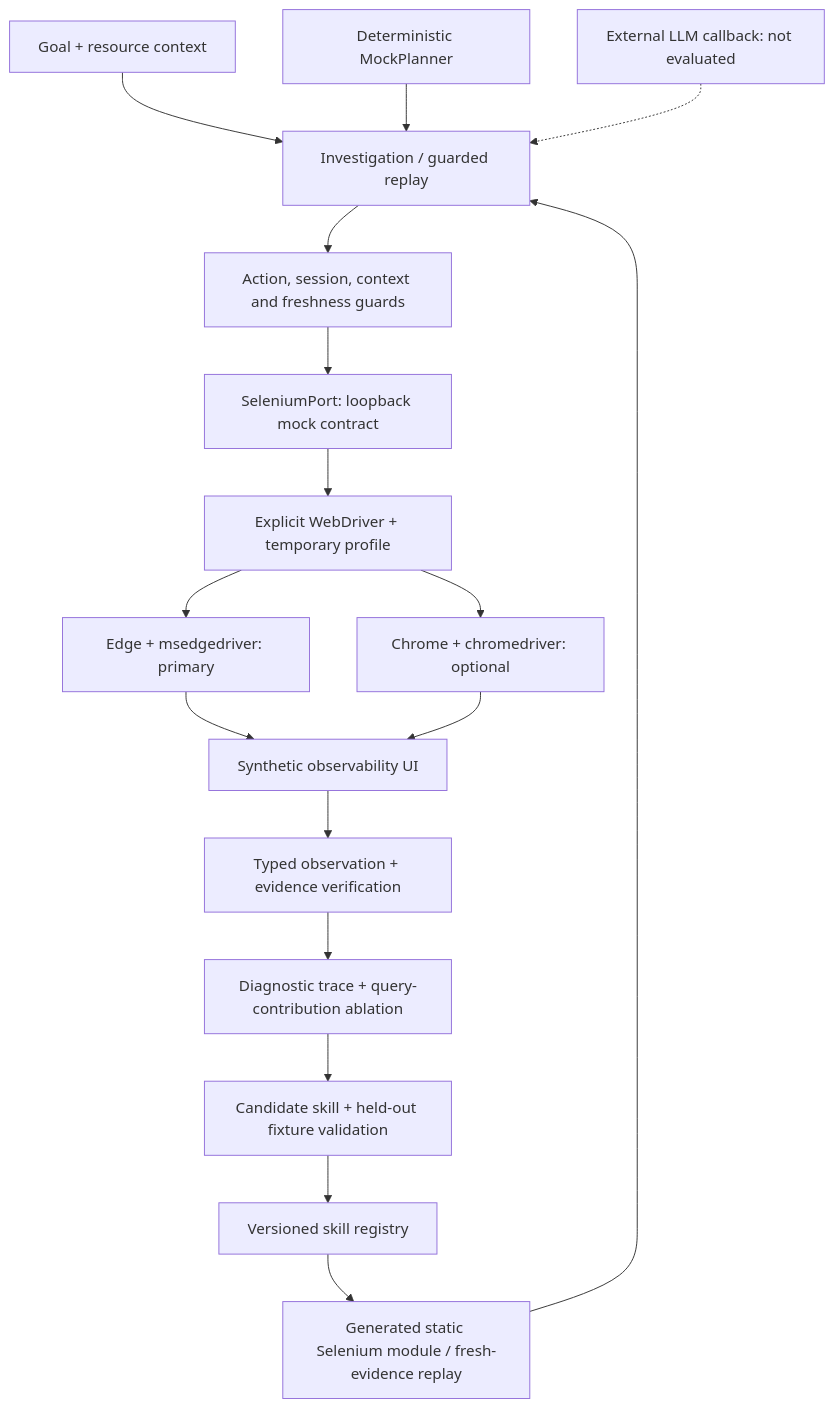
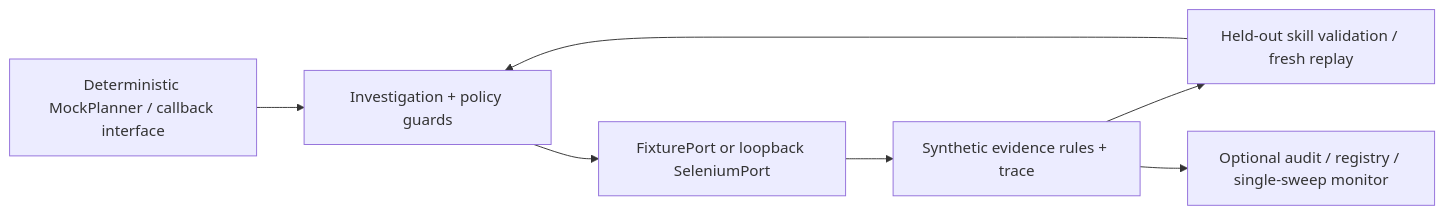
One commit to orionnelson/llm-bot-selenium changed the third of 3 diagrams in docs/ARCHITECTURE.md. Above: the diagram before and after it, drawn with Mermaid. The commit also changed other lines of this file and 8 other files, not shown here.

Commit message:
Connect SRE chart issues to independent checks and bounded release ticks

````diff
--- a/docs/ARCHITECTURE.md
+++ b/docs/ARCHITECTURE.md
@@ -7,19 +60,9 @@
 ```mermaid
-flowchart TD
-    Goal["Goal + resource context"] --> Core["Investigation / guarded replay"]
-    Planner["Deterministic MockPlanner"] --> Core
-    Future["External LLM callback: not evaluated"] -.-> Core
-    Core --> Policy["Action, session, context and freshness guards"]
-    Policy --> Port["SeleniumPort: loopback mock contract"]
-    Port --> Driver["Explicit WebDriver + temporary profile"]
-    Driver --> Edge["Edge + msedgedriver: primary"]
-    Driver --> Chrome["Chrome + chromedriver: optional"]
-    Edge --> Mock["Synthetic observability UI"]
-    Chrome --> Mock
-    Mock --> Evidence["Typed observation + evidence verification"]
-    Evidence --> Trace["Diagnostic trace + query-contribution ablation"]
-    Trace --> Validate["Candidate skill + held-out fixture validation"]
-    Validate --> Registry["Versioned skill registry"]
-    Registry --> Replay["Generated static Selenium module / fresh-evidence replay"]
-    Replay --> Core
+flowchart LR
+    Planner["Deterministic MockPlanner / callback interface"] --> Core["Investigation + policy guards"]
+    Core --> Source["FixturePort or loopback SeleniumPort"]
+    Source --> Evidence["Synthetic evidence rules + trace"]
+    Evidence --> Skill["Held-out skill validation / fresh replay"]
+    Skill --> Core
+    Evidence --> Optional["Optional audit / registry / single-sweep monitor"]
 ```
````
